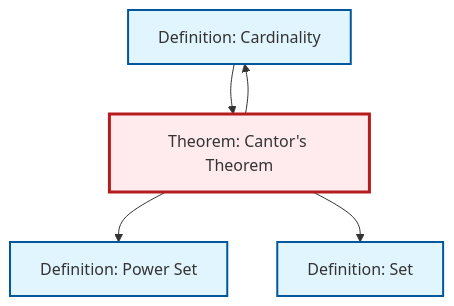
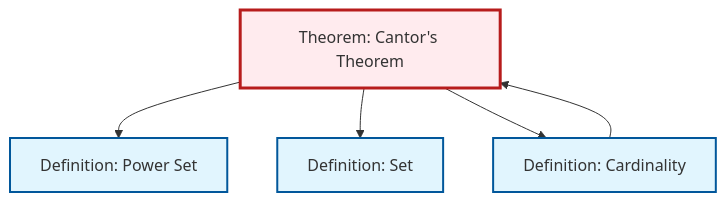
One commit to RK0429/ModernMath changed the second of 2 diagrams in content/en/logic-set-theory/thm-cantor.qmd. Above: the diagram before and after it, drawn with Mermaid. The commit also changed other lines of this file and 634 other files, not shown here.

````diff
--- a/content/en/logic-set-theory/thm-cantor.qmd
+++ b/content/en/logic-set-theory/thm-cantor.qmd
@@ -71,21 +71,21 @@
 ```{mermaid}
 %%| fig-cap: "Local dependency graph"
 graph TD
     classDef definition fill:#e1f5fe,stroke:#01579b,stroke-width:2px
     classDef theorem fill:#f3e5f5,stroke:#4a148c,stroke-width:2px
     classDef axiom fill:#fff3e0,stroke:#e65100,stroke-width:2px
     classDef example fill:#e8f5e9,stroke:#1b5e20,stroke-width:2px
     classDef current fill:#ffebee,stroke:#b71c1c,stroke-width:3px
-    def-cardinality["Definition: Cardinality"]:::definition
     thm-cantor["Theorem: Cantor's Theorem"]:::theorem
     def-power-set["Definition: Power Set"]:::definition
+    def-cardinality["Definition: Cardinality"]:::definition
     def-set["Definition: Set"]:::definition
+    thm-cantor --> def-power-set
+    thm-cantor --> def-set
     thm-cantor --> def-cardinality
-    thm-cantor --> def-power-set
     def-cardinality --> thm-cantor
-    thm-cantor --> def-set
     class thm-cantor current
+    click def-power-set "def-power-set.html" "Go to Power Set definition"
     click def-cardinality "def-cardinality.html" "Go to Cardinality definition"
-    click def-power-set "def-power-set.html" "Go to Power Set definition"
     click def-set "def-set.html" "Go to Set definition"
 ```
````
